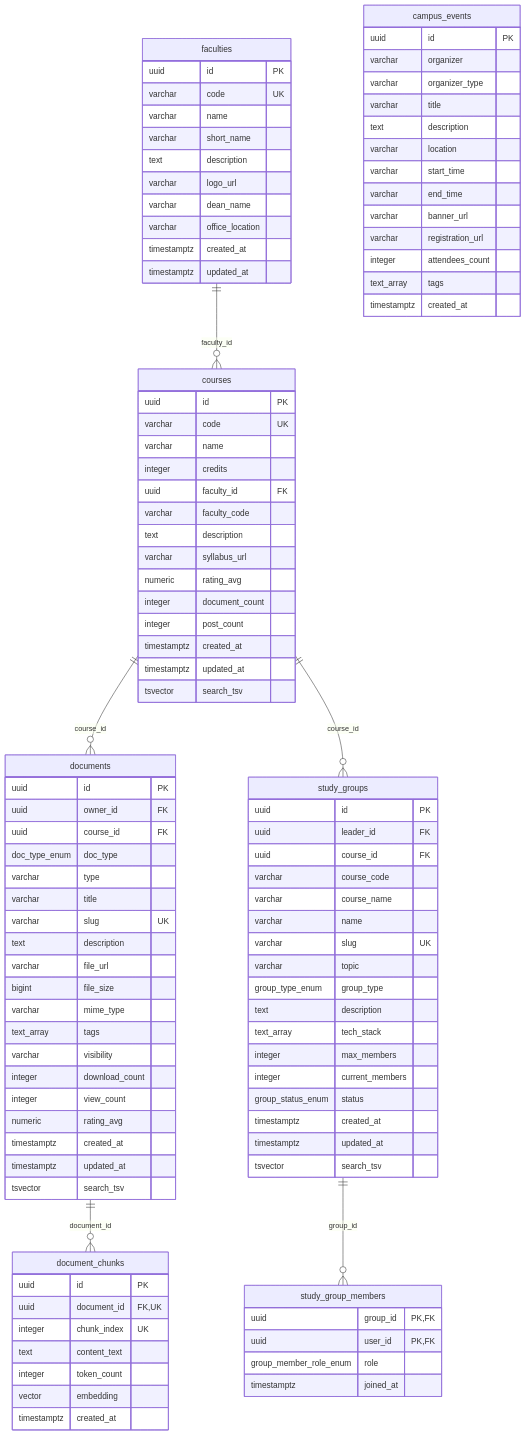
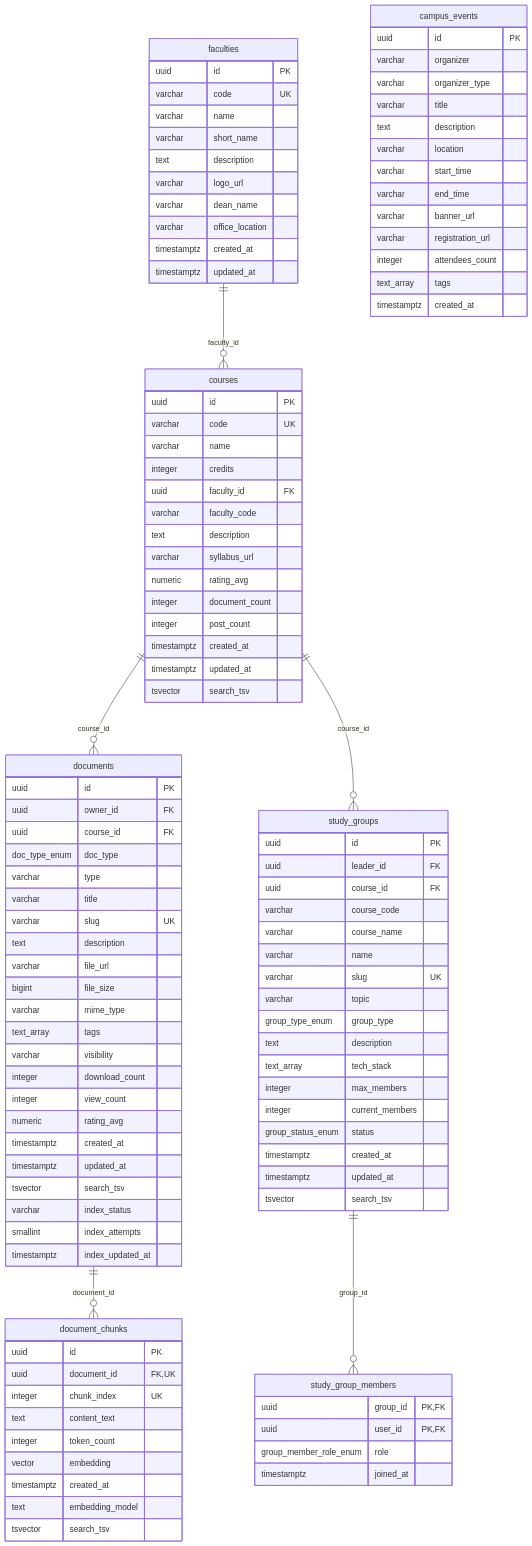
The fifth of 7 diagrams in docs/diagrams/04-erd.md (nhatcoi/pu-connect), drawn with Mermaid before and after one commit. The commit also changed other lines of this file and 6 other files, not shown here.

Commit message:
docs(ai): RAG hybrid search design, Mac mini embedding server, eval results

```diff
--- a/docs/diagrams/04-erd.md
+++ b/docs/diagrams/04-erd.md
@@ -393,6 +394,9 @@
     timestamptz created_at
     timestamptz updated_at
     tsvector search_tsv
+    varchar index_status
+    smallint index_attempts
+    timestamptz index_updated_at
   }
   document_chunks {
     uuid id PK
@@ -402,6 +406,8 @@
     integer token_count
     vector embedding
     timestamptz created_at
+    text embedding_model
+    tsvector search_tsv
   }
   study_groups {
     uuid id PK
```
